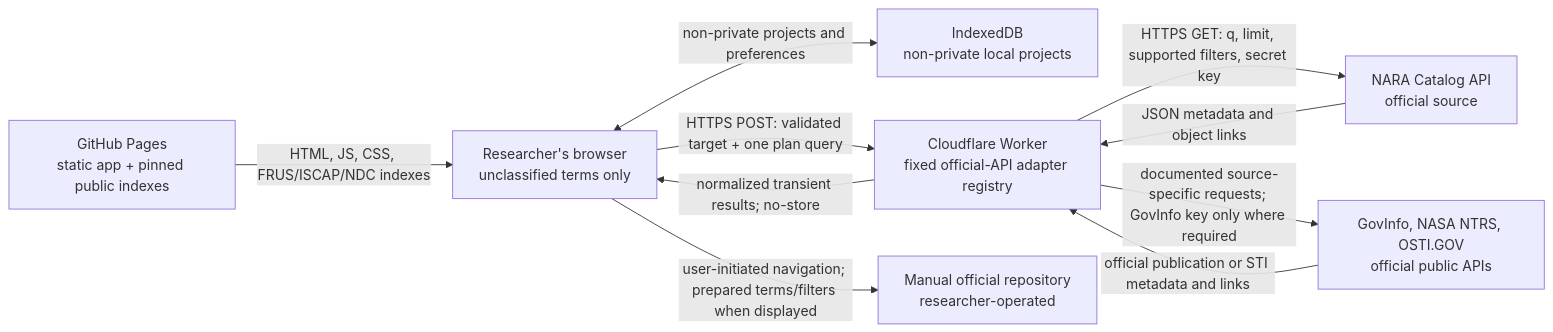
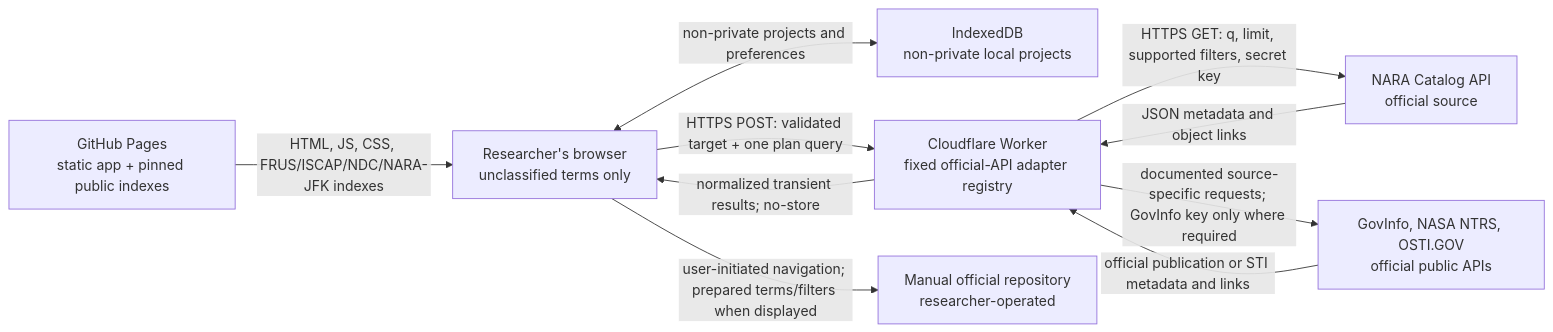
One commit to therealjameswilson/opstalia changed the first of 2 diagrams in docs/SECURITY_MODEL.md. Above: the diagram before and after it, drawn with Mermaid. The commit also changed other lines of this file and 42 other files, not shown here.

First line of the commit message:
Add official NARA JFK release index (#9)

````diff
--- a/docs/SECURITY_MODEL.md
+++ b/docs/SECURITY_MODEL.md
@@ -74,20 +75,20 @@
 ```mermaid
 flowchart LR
     B["Researcher's browser<br/>unclassified terms only"]
     G["GitHub Pages<br/>static app + pinned public indexes"]
     I["IndexedDB<br/>non-private local projects"]
     W["Cloudflare Worker<br/>fixed official-API adapter registry"]
     N["NARA Catalog API<br/>official source"]
     A["GovInfo, NASA NTRS, OSTI.GOV<br/>official public APIs"]
     M["Manual official repository<br/>researcher-operated"]
 
-    G -->|"HTML, JS, CSS, FRUS/ISCAP/NDC indexes"| B
+    G -->|"HTML, JS, CSS, FRUS/ISCAP/NDC/NARA-JFK indexes"| B
     B <-->|"non-private projects and preferences"| I
     B -->|"HTTPS POST: validated target + one plan query"| W
     W -->|"HTTPS GET: q, limit, supported filters, secret key"| N
     N -->|"JSON metadata and object links"| W
     W -->|"documented source-specific requests; GovInfo key only where required"| A
     A -->|"official publication or STI metadata and links"| W
     W -->|"normalized transient results; no-store"| B
     B -->|"user-initiated navigation; prepared terms/filters when displayed"| M
 ```
````
